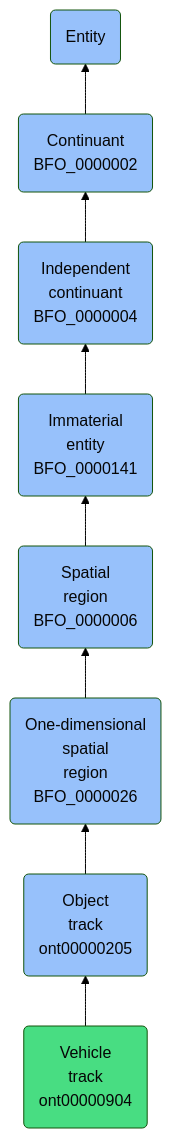
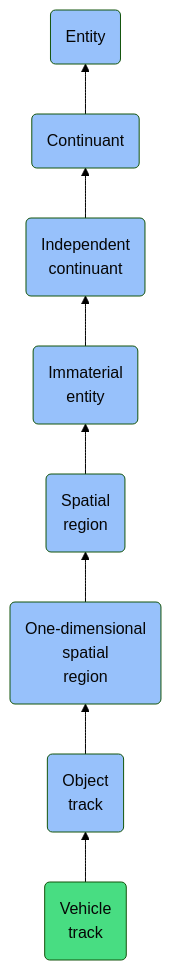
One commit to jupyter-naas/abi changed the diagram in docs/ontology/reference/model/Entity/Continuant/Independent continuant/Immaterial entity/Spatial region/One-dimensional spatial region/Object track/Vehicle track/Vehicle track.md. Above: the diagram before and after it, drawn with Mermaid (forest theme). The commit also changed other lines of this file and 1430 other files, not shown here.

````diff
--- a/docs/ontology/reference/model/Entity/Continuant/Independent continuant/Immaterial entity/Spatial region/One-dimensional spatial region/Object track/Vehicle track/Vehicle track.md
+++ b/docs/ontology/reference/model/Entity/Continuant/Independent continuant/Immaterial entity/Spatial region/One-dimensional spatial region/Object track/Vehicle track/Vehicle track.md
@@ -24,15 +24,15 @@
 ```mermaid
 graph BT
-    ont00000904(Vehicle<br>track<br>ont00000904):::ABI-->ont00000205
-    ont00000205(Object<br>track<br>ont00000205):::BFO-->BFO_0000026
-    BFO_0000026(One-dimensional<br>spatial<br>region<br>BFO_0000026):::BFO-->BFO_0000006
-    BFO_0000006(Spatial<br>region<br>BFO_0000006):::BFO-->BFO_0000141
-    BFO_0000141(Immaterial<br>entity<br>BFO_0000141):::BFO-->BFO_0000004
-    BFO_0000004(Independent<br>continuant<br>BFO_0000004):::BFO-->BFO_0000002
-    BFO_0000002(Continuant<br>BFO_0000002):::BFO-->BFO_0000001
+    ont00000904(Vehicle<br>track):::ABI-->ont00000205
+    ont00000205(Object<br>track):::BFO-->BFO_0000026
+    BFO_0000026(One-dimensional<br>spatial<br>region):::BFO-->BFO_0000006
+    BFO_0000006(Spatial<br>region):::BFO-->BFO_0000141
+    BFO_0000141(Immaterial<br>entity):::BFO-->BFO_0000004
+    BFO_0000004(Independent<br>continuant):::BFO-->BFO_0000002
+    BFO_0000002(Continuant):::BFO-->BFO_0000001
     BFO_0000001(Entity):::BFO
     
     classDef BFO fill:#97c1fb,color:#060606
     classDef CCO fill:#e4c51e,color:#060606
     classDef ABI fill:#48DD82,color:#060606
 ```
````
